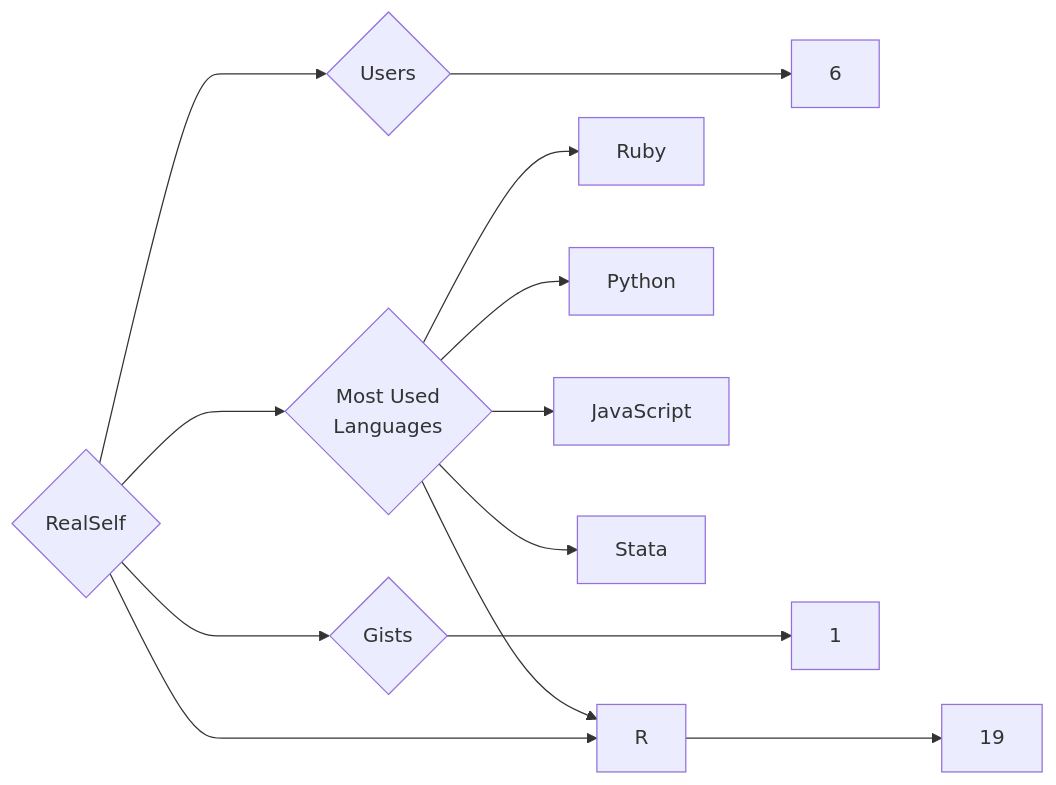
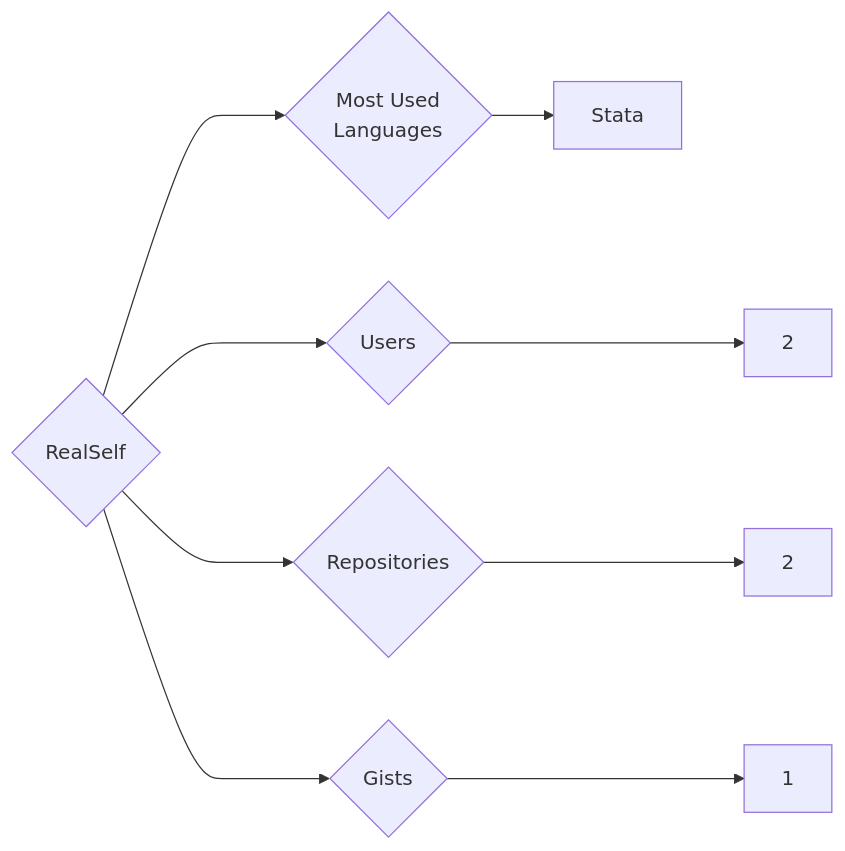
One commit to trickest/insiders changed the diagram in targets/RealSelf/README.md. Above: the diagram before and after it, drawn with Mermaid. The commit also changed 1479 other files, not shown here.

````diff
--- a/targets/RealSelf/README.md
+++ b/targets/RealSelf/README.md
@@ -3,13 +3,9 @@
 ```mermaid
 graph LR
 COMPANY_NAME{RealSelf}
-COMPANY_NAME ---> U{Users} ---> UN[6]
-COMPANY_NAME ---> R{Repositories} ---> RN[19]
+COMPANY_NAME ---> U{Users} ---> UN[2]
+COMPANY_NAME ---> R{Repositories} ---> RN[2]
 COMPANY_NAME ---> G{Gists} ---> GN[1]
 COMPANY_NAME ---> ML{Most Used<br>Languages}
-ML --> Ruby[Ruby]
-ML --> Python[Python]
-ML --> JavaScript[JavaScript]
 ML --> Stata[Stata]
-ML --> R[R]
 ```
````
